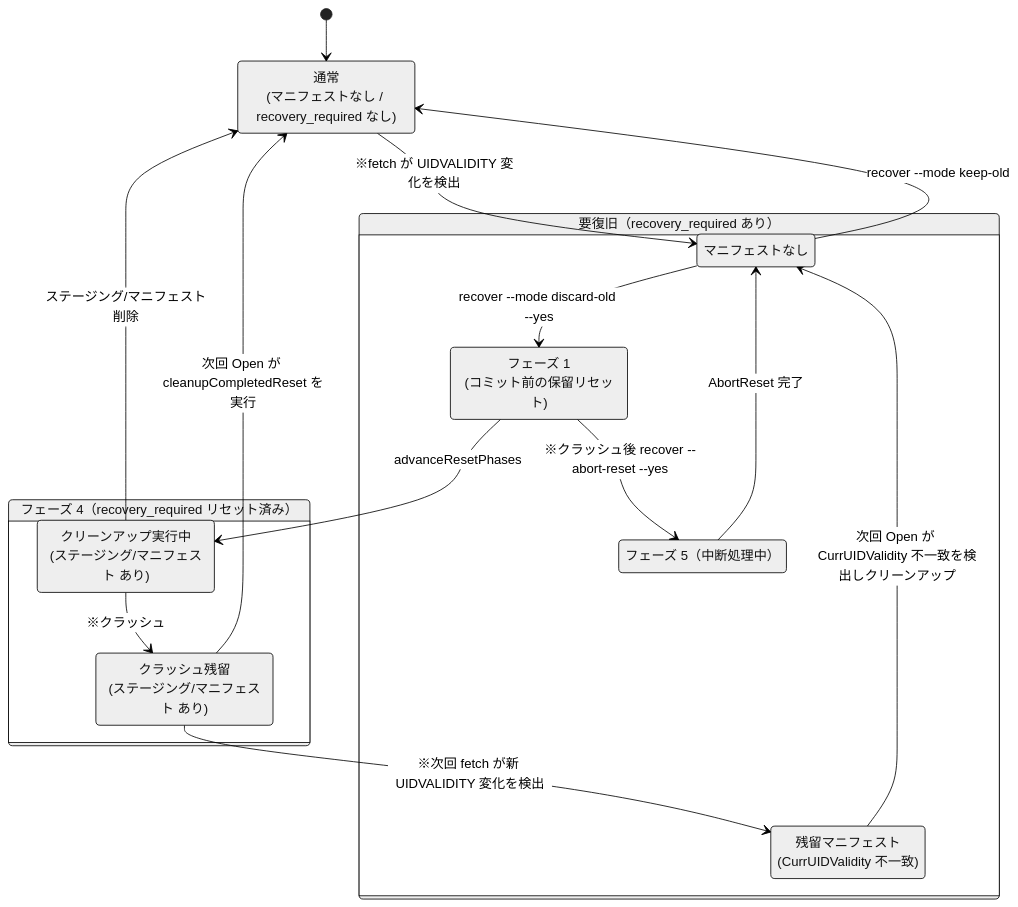
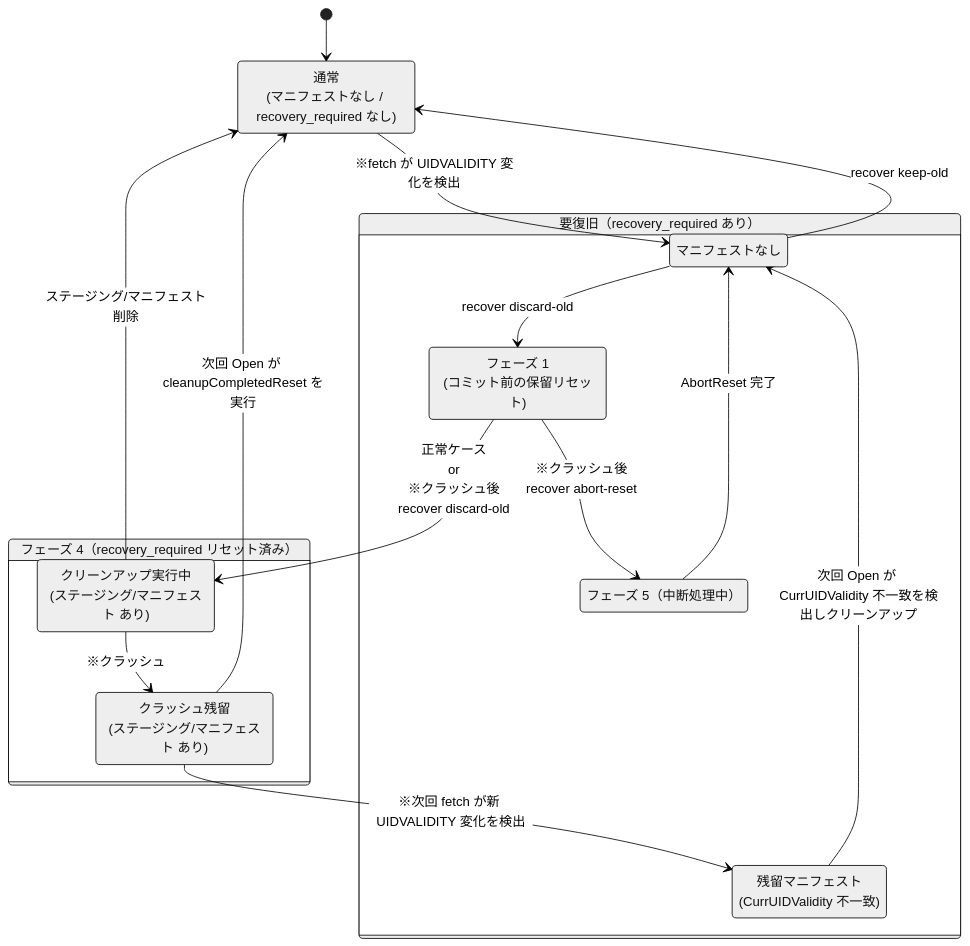
The diagram in docs/dev/adr/0003_reset_phase_design.ja.md (isseis/tlsrpt-digest), drawn with Mermaid (neutral theme) before and after one commit.

Commit message:
docs(adr-0003): simplify command labels in state diagram
状態遷移図の遷移ラベルのコマンド表記を簡略化。
recover --mode keep-old → recover keep-old 等。
英語版は /mktrans で後から更新する。

````diff
--- a/docs/dev/adr/0003_reset_phase_design.ja.md
+++ b/docs/dev/adr/0003_reset_phase_design.ja.md
@@ -91,29 +91,29 @@
 ```mermaid
 stateDiagram-v2
     state "通常<br/>(マニフェストなし / recovery_required なし)" as Normal
     [*] --> Normal
 
     state "要復旧（recovery_required あり）" as RecoveryReq {
         state "マニフェストなし" as RR
         state "残留マニフェスト<br/>(CurrUIDValidity 不一致)" as StaleM
         state "フェーズ 1<br/>(コミット前の保留リセット)" as P1
         state "フェーズ 5（中断処理中）" as P5
     }
 
     state "フェーズ 4（recovery_required リセット済み）" as Phase4 {
         state "クリーンアップ実行中<br/>(ステージング/マニフェスト あり)" as P4a
         state "クラッシュ残留<br/>(ステージング/マニフェスト あり)" as P4b
         P4a --> P4b : ※クラッシュ
     }
 
     Normal --> RR : ※fetch が UIDVALIDITY 変化を検出
-    RR --> Normal : recover --mode keep-old
-    RR --> P1 : recover --mode discard-old --yes
-    P1 --> P4a : advanceResetPhases
-    P1 --> P5 : ※クラッシュ後 recover --abort-reset --yes
+    RR --> Normal : recover keep-old
+    RR --> P1 : recover discard-old
+    P1 --> P4a : 正常ケース<br>or<br>※クラッシュ後<br>recover discard-old
+    P1 --> P5 : ※クラッシュ後<br>recover abort-reset
     P5 --> RR : AbortReset 完了
     P4a --> Normal : ステージング/マニフェスト削除
     P4b --> Normal : 次回 Open が cleanupCompletedReset を実行
     P4b --> StaleM : ※次回 fetch が新 UIDVALIDITY 変化を検出
     StaleM --> RR : 次回 Open が CurrUIDValidity 不一致を検出しクリーンアップ
 ```
````
